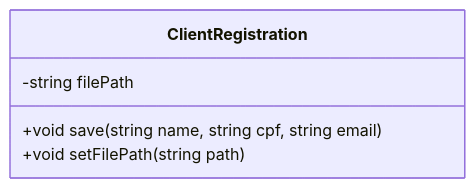
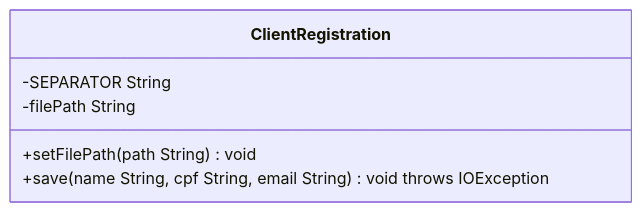
One commit to RenatoGarciaLopes/JavaIradoNoTxt changed the diagram in ClientRegistration/client-registration-class.uml.mermaid. Above: the diagram before and after it, drawn with Mermaid. The commit also changed 13 other files, not shown here.

Commit message:
refactor: update UML diagrams and method signatures for ClientRegistration and ClientReport to enhance clarity and consistency

```diff
--- a/ClientRegistration/client-registration-class.uml.mermaid
+++ b/ClientRegistration/client-registration-class.uml.mermaid
@@ -1,4 +1,5 @@
 classDiagram
-    ClientRegistration : -string filePath
-    ClientRegistration : +void save(string name, string cpf, string email)
-    ClientRegistration : +void setFilePath(string path)
+    ClientRegistration : -SEPARATOR String
+    ClientRegistration : -filePath String
+    ClientRegistration : +setFilePath(path String) void
+    ClientRegistration : +save(name String, cpf String, email String) void throws IOException
```
